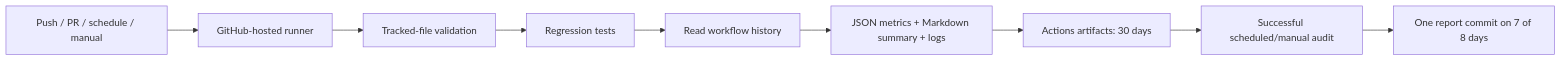
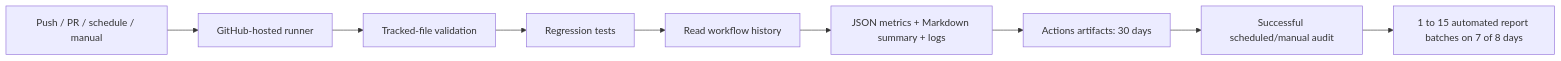
One commit to Jhenrique00/daily-log changed the diagram in README.md. Above: the diagram before and after it, drawn with Mermaid. The commit also changed other lines of this file and 3 other files, not shown here.

First line of the commit message:
feat: publish verified audits in 1 to 15 transparent automated batches

````diff
--- a/README.md
+++ b/README.md
@@ -29,11 +29,11 @@
 ```mermaid
 flowchart LR
     A[Push / PR / schedule / manual] --> B[GitHub-hosted runner]
     B --> C[Tracked-file validation]
     C --> D[Regression tests]
     D --> E[Read workflow history]
     E --> F[JSON metrics + Markdown summary + logs]
     F --> G[Actions artifacts: 30 days]
     G --> H[Successful scheduled/manual audit]
-    H --> I[One report commit on 7 of 8 days]
+    H --> I[1 to 15 automated report batches on 7 of 8 days]
 ```
````
